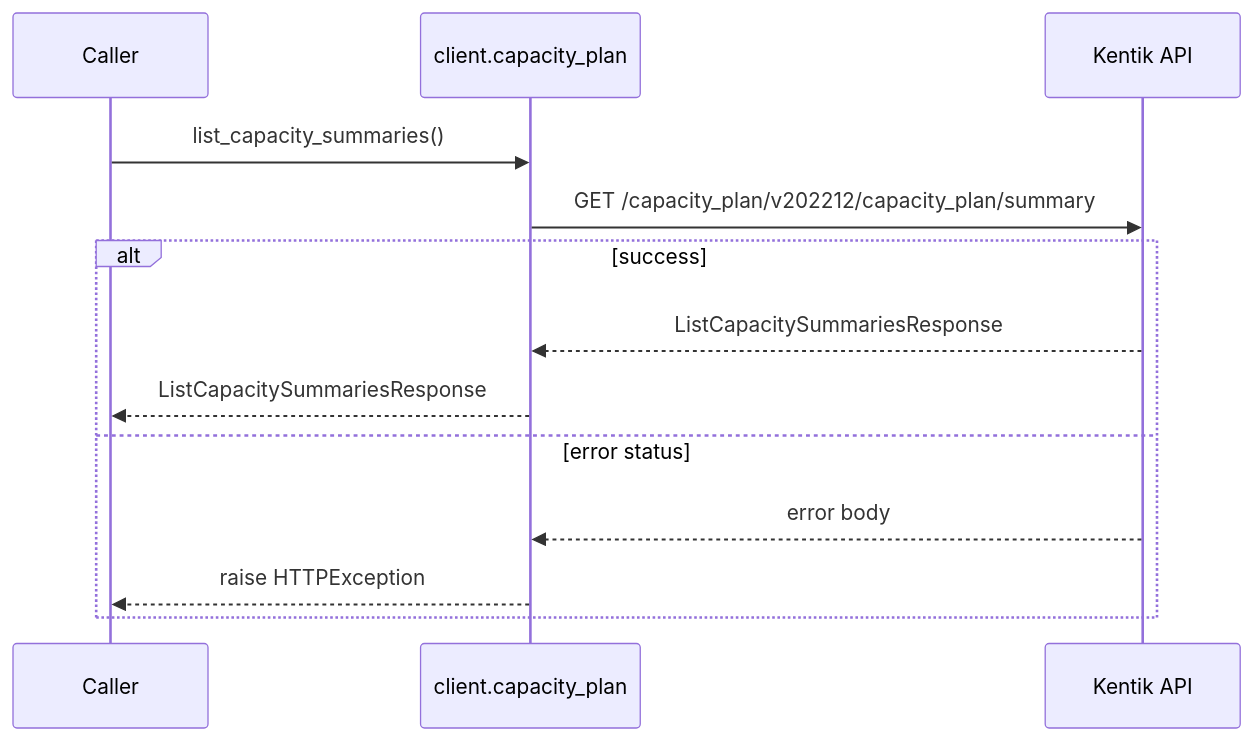
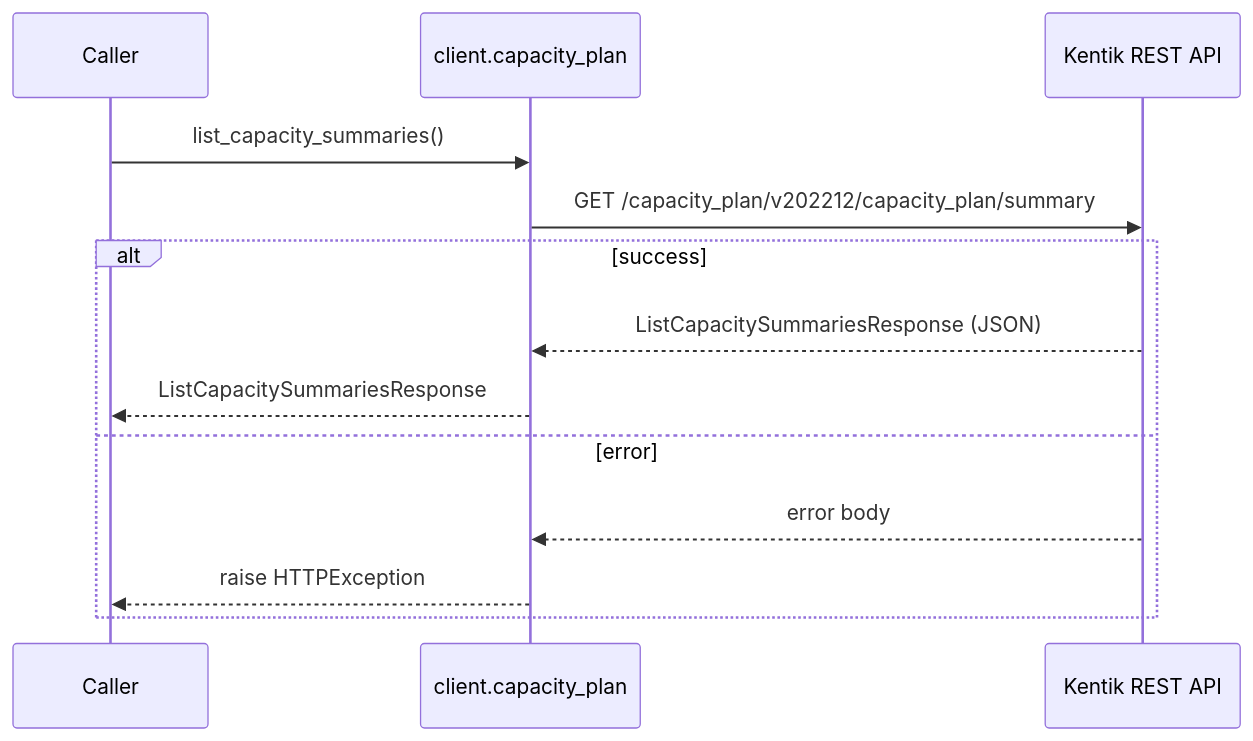
The fourth of 10 diagrams in docs/sphinx/services/capacity_plan.md (alexdearaujo/community_sdk_python), drawn with Mermaid before and after one commit. The commit also changed other lines of this file and 61 other files, not shown here.

````diff
--- a/docs/sphinx/services/capacity_plan.md
+++ b/docs/sphinx/services/capacity_plan.md
@@ -75,16 +102,16 @@
 ```mermaid
 sequenceDiagram
     participant C as Caller
     participant W as client.capacity_plan
-    participant API as Kentik API
+    participant API as Kentik REST API
 
     C->>W: list_capacity_summaries()
     W->>API: GET /capacity_plan/v202212/capacity_plan/summary
     alt success
-        API-->>W: ListCapacitySummariesResponse
+        API-->>W: ListCapacitySummariesResponse (JSON)
         W-->>C: ListCapacitySummariesResponse
-    else error status
+    else error
         API-->>W: error body
         W-->>C: raise HTTPException
     end
 ```
````
